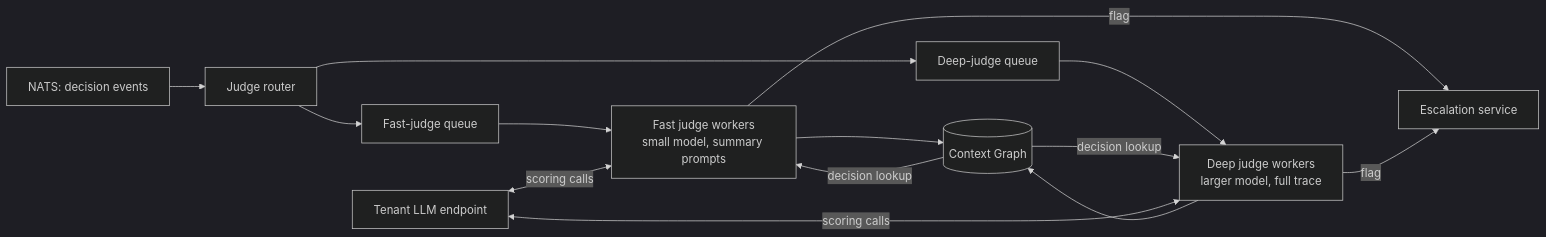
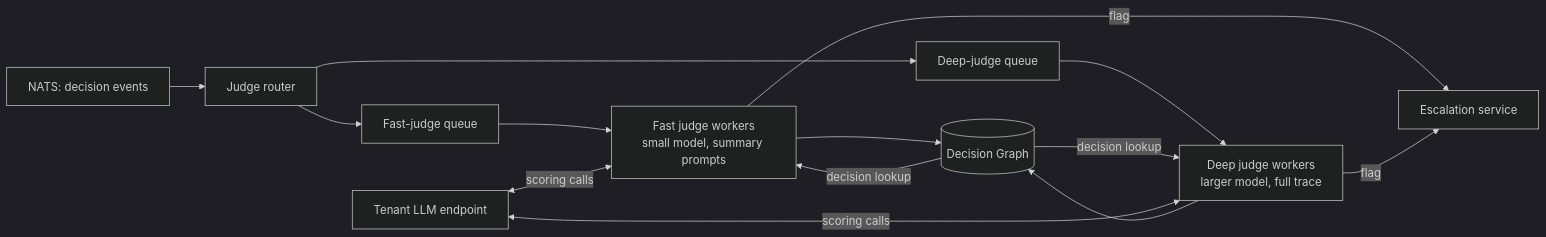
One commit to singleaxis/singleaxis-fabric changed the diagram in specs/006-llm-as-judge.md. Above: the diagram before and after it, drawn with Mermaid (dark theme). The commit also changed other lines of this file and 44 other files, not shown here.

````diff
--- a/specs/006-llm-as-judge.md
+++ b/specs/006-llm-as-judge.md
@@ -59,16 +59,16 @@
 ```mermaid
 flowchart LR
     Bus[NATS: decision events] --> Router[Judge router]
     Router --> FastQ[Fast-judge queue]
     Router --> DeepQ[Deep-judge queue]
     FastQ --> FastW[Fast judge workers<br/>small model, summary prompts]
     DeepQ --> DeepW[Deep judge workers<br/>larger model, full trace]
-    FastW --> CG[(Context Graph)]
+    FastW --> CG[(Decision Graph)]
     DeepW --> CG
     FastW -->|flag| Esc[Escalation service]
     DeepW -->|flag| Esc
     CG -->|decision lookup| FastW
     CG -->|decision lookup| DeepW
     Tenant[Tenant LLM endpoint] <-->|scoring calls| FastW
     Tenant <-->|scoring calls| DeepW
 ```
````
